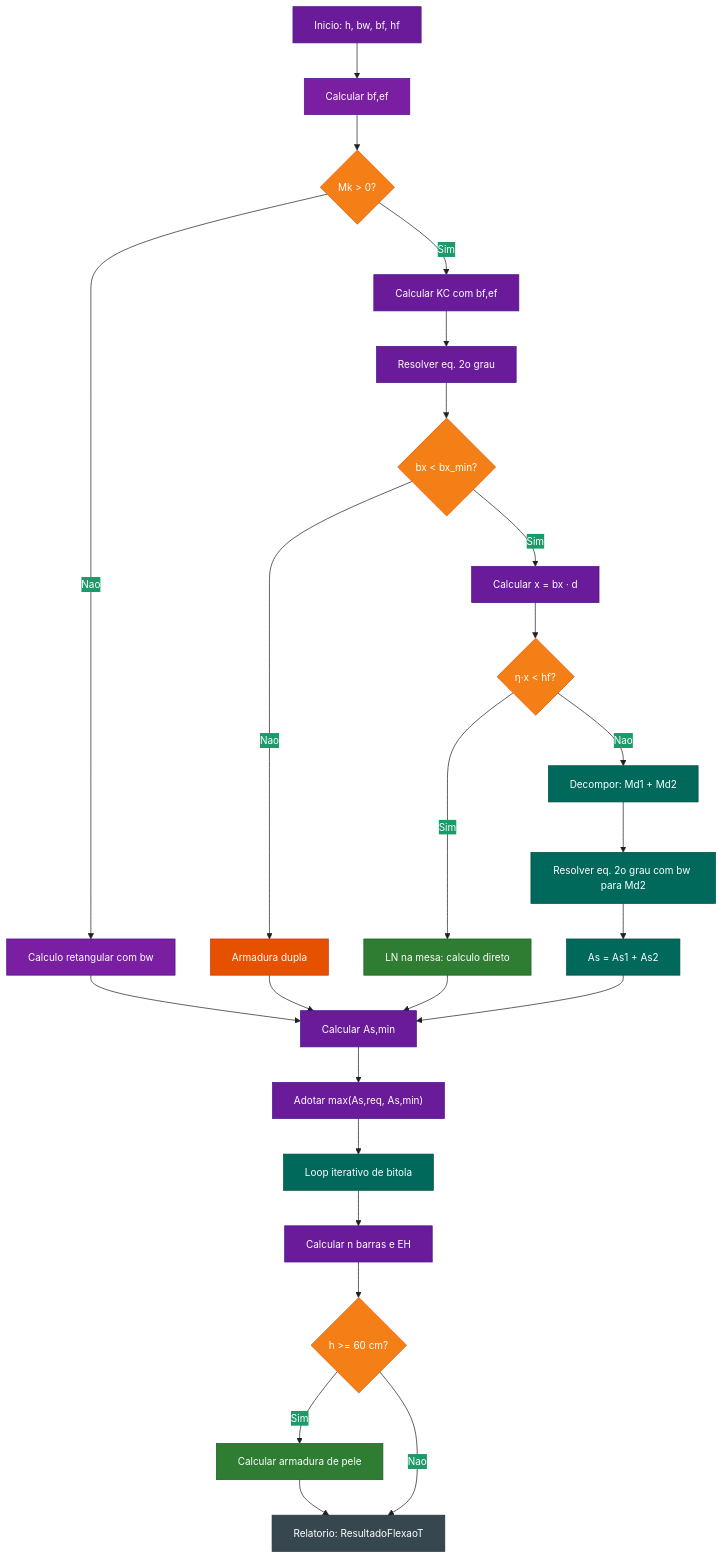
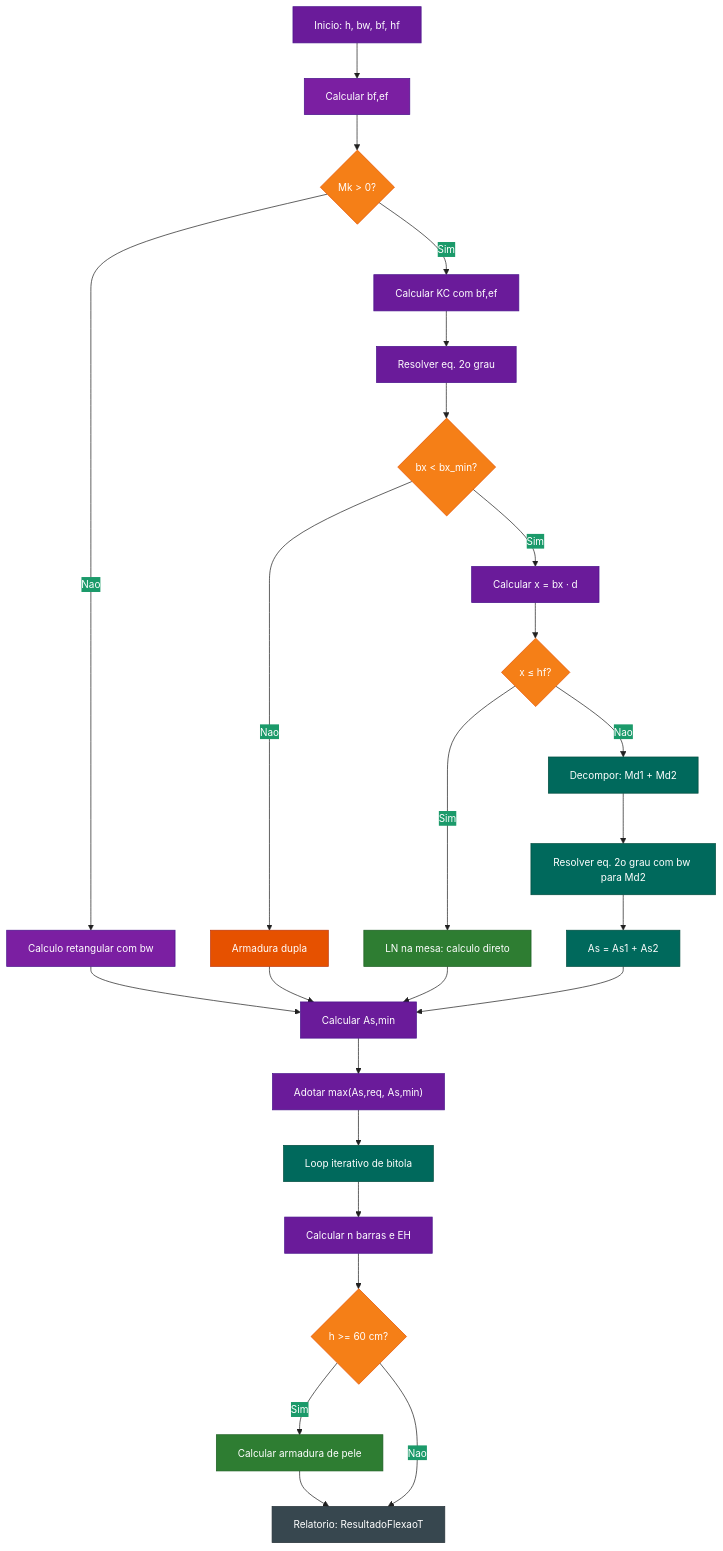
One commit to samuel-c-santos/portica-app changed the third of 3 diagrams in docs/calculo.md. Above: the diagram before and after it, drawn with Mermaid. The commit also changed other lines of this file and 11 other files, not shown here.

````diff
--- a/docs/calculo.md
+++ b/docs/calculo.md
@@ -447,44 +452,44 @@
 ```mermaid
 %%{init: {'theme':'base', 'themeVariables': {'primaryColor':'#6A1B9A','primaryTextColor':'#FFFFFF','primaryBorderColor':'#4A148C','lineColor':'#212121','fontSize':'14px'}}}%%
 flowchart TD
     A["Inicio: h, bw, bf, hf"] --> B["Calcular bf,ef"]
     B --> POS{"Mk > 0?"}
     POS -->|Nao| NEG["Calculo retangular com bw"]
     POS -->|Sim| C["Calcular KC com bf,ef"]
     C --> D["Resolver eq. 2o grau"]
     D --> E{"bx < bx_min?"}
     E -->|Nao| AD["Armadura dupla"]
     E -->|Sim| G["Calcular x = bx · d"]
-    G --> H{"η·x < hf?"}
+    G --> H{"x ≤ hf?"}
     H -->|Sim| LN_MESA["LN na mesa: calculo direto"]
     H -->|Nao| DECOMP["Decompor: Md1 + Md2"]
     DECOMP --> RESOLVER["Resolver eq. 2o grau com bw para Md2"]
     RESOLVER --> SOMAR["As = As1 + As2"]
     LN_MESA --> I["Calcular As,min"]
     SOMAR --> I
     NEG --> I
     AD --> I
     I --> K["Adotar max(As,req, As,min)"]
     K --> IT["Loop iterativo de bitola"]
     IT --> L["Calcular n barras e EH"]
     L --> PELE{"h >= 60 cm?"}
     PELE -->|Sim| PL["Calcular armadura de pele"]
     PELE -->|Nao| M["Relatorio: ResultadoFlexaoT"]
     PL --> M
 
     style A fill:#6A1B9A,stroke:#4A148C,color:#FFFFFF
     style B fill:#7B1FA2,stroke:#4A148C,color:#FFFFFF
     style POS fill:#F57F17,stroke:#E65100,color:#FFFFFF
     style E fill:#F57F17,stroke:#E65100,color:#FFFFFF
     style H fill:#F57F17,stroke:#E65100,color:#FFFFFF
     style LN_MESA fill:#2E7D32,stroke:#1B5E20,color:#FFFFFF
     style DECOMP fill:#00695C,stroke:#004D40,color:#FFFFFF
     style RESOLVER fill:#00695C,stroke:#004D40,color:#FFFFFF
     style SOMAR fill:#00695C,stroke:#004D40,color:#FFFFFF
     style M fill:#37474F,stroke:#263238,color:#FFFFFF
     style AD fill:#E65100,stroke:#BF360C,color:#FFFFFF
     style NEG fill:#7B1FA2,stroke:#4A148C,color:#FFFFFF
     style IT fill:#00695C,stroke:#004D40,color:#FFFFFF
     style PELE fill:#F57F17,stroke:#E65100,color:#FFFFFF
     style PL fill:#2E7D32,stroke:#1B5E20,color:#FFFFFF
 ```
````
